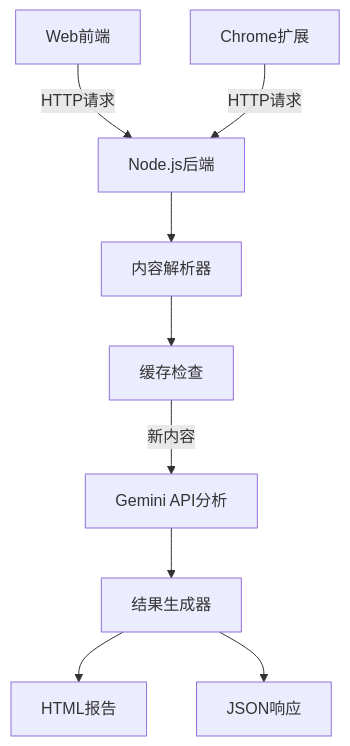
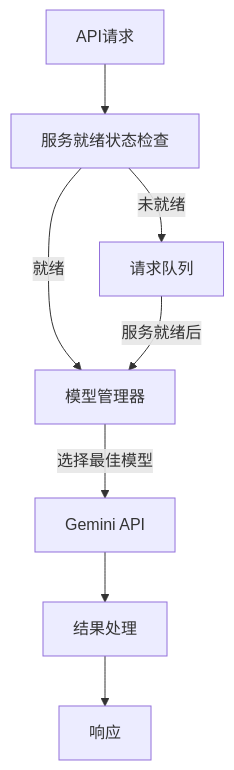
Before and after one commit to sztimhdd/Verit.AI: the first of 5 diagrams in Oracle_AI.md, drawn with Mermaid. The commit also changed other lines of this file, not shown here.

````diff
--- a/Oracle_AI.md
+++ b/Oracle_AI.md
@@ -7,11 +7,10 @@
 ```mermaid
 graph TB
-    A[Web前端] --> |HTTP请求| B[Node.js后端]
-    Z[Chrome扩展] --> |HTTP请求| B
-    B --> C[内容解析器]
-    C --> D[缓存检查]
-    D -->|新内容| E[Gemini API分析]
-    E --> F[结果生成器]
-    F --> G[HTML报告]
-    F --> H[JSON响应]
+    A[API请求] --> B[服务就绪状态检查]
+    B --> |就绪| C[模型管理器]
+    B --> |未就绪| D[请求队列]
+    D --> |服务就绪后| C
+    C --> |选择最佳模型| E[Gemini API]
+    E --> F[结果处理]
+    F --> G[响应]
 ```
````
